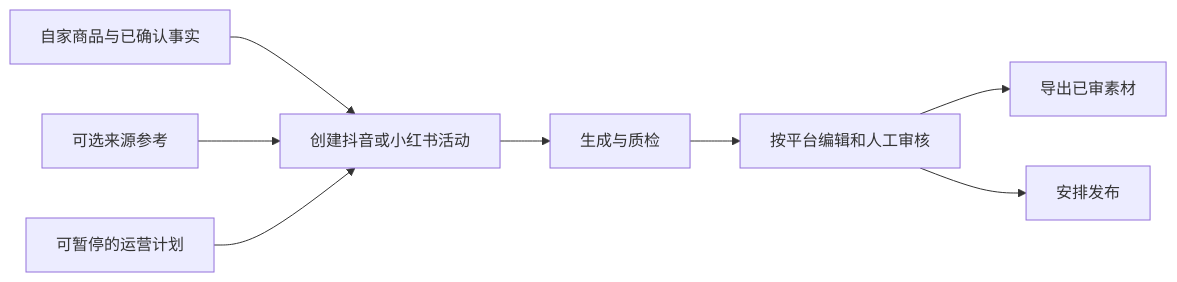
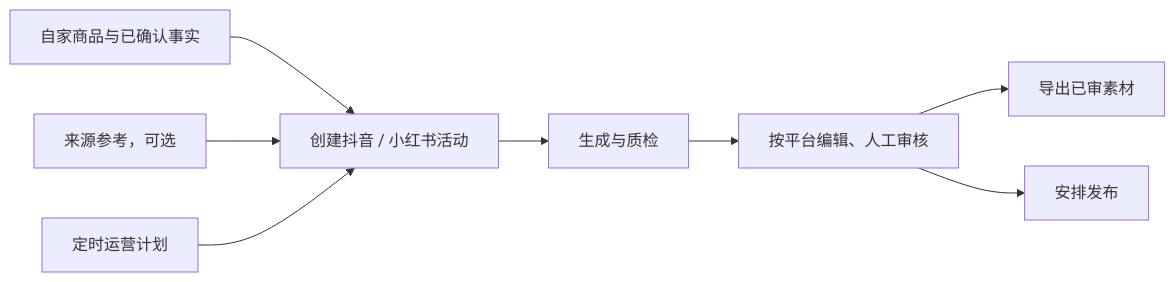
One commit to asifours-blip/shangpin-yingpeng changed the diagram in README.md. Above: the diagram before and after it, drawn with Mermaid. The commit also changed other lines of this file, not shown here.

````diff
--- a/README.md
+++ b/README.md
@@ -11,10 +17,10 @@
 ```mermaid
 flowchart LR
-    A[自家商品与已确认事实] --> C[创建抖音或小红书活动]
-    B[可选来源参考] --> C
+    A[自家商品与已确认事实] --> C[创建抖音 / 小红书活动]
+    B[来源参考，可选] --> C
     C --> D[生成与质检]
-    D --> E[按平台编辑和人工审核]
+    D --> E[按平台编辑、人工审核]
     E --> F[导出已审素材]
     E --> G[安排发布]
-    H[可暂停的运营计划] --> C
+    H[定时运营计划] --> C
 ```
````
